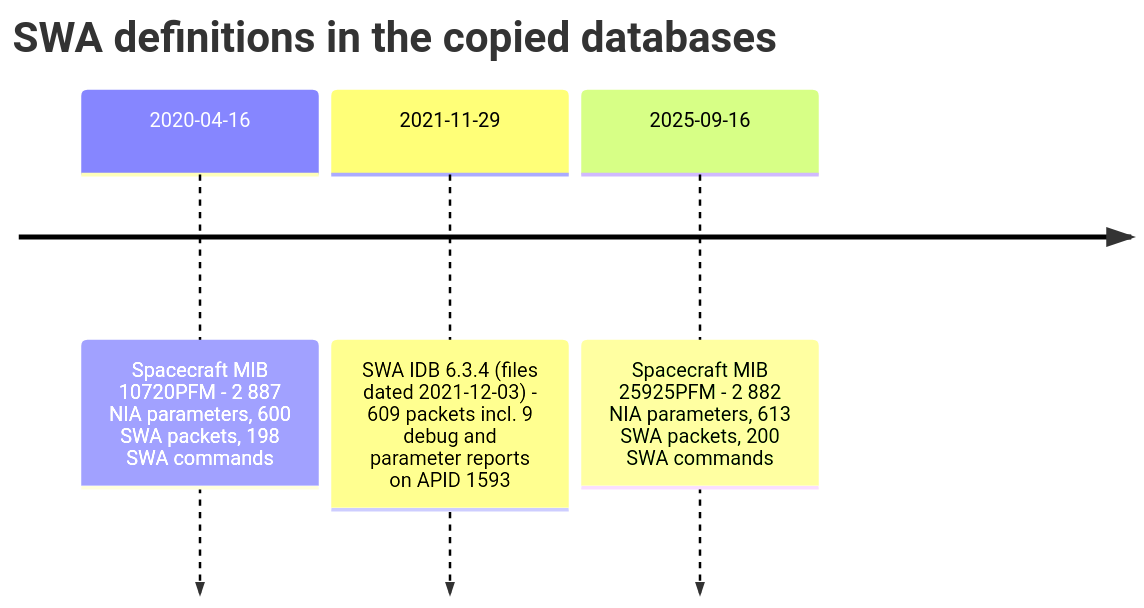
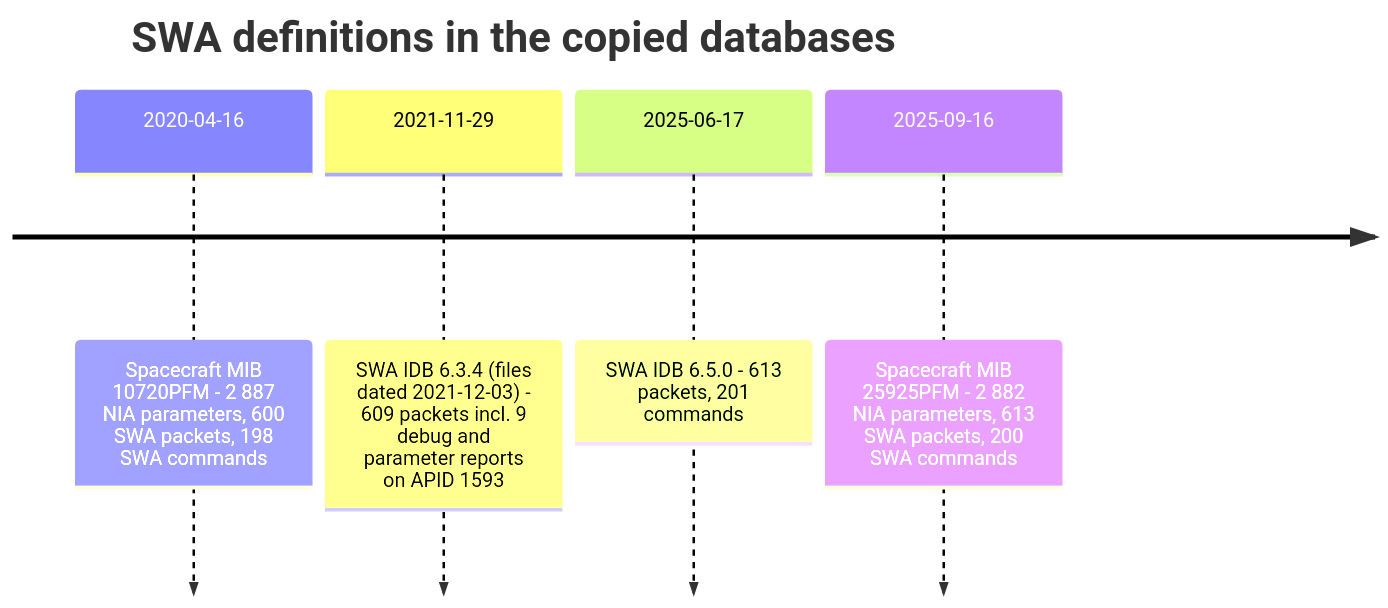
One commit to feiteira/OPEN-SPACE-INFO changed the third of 3 diagrams in docs/missions/solar-orbiter/swa.md. Above: the diagram before and after it, drawn with Mermaid. The commit also changed other lines of this file and 1311 other files, not shown here.

````diff
--- a/docs/missions/solar-orbiter/swa.md
+++ b/docs/missions/solar-orbiter/swa.md
@@ -234,7 +512,8 @@
 ```mermaid
 timeline
   title SWA definitions in the copied databases
   2020-04-16 : Spacecraft MIB 10720PFM - 2 887 NIA parameters, 600 SWA packets, 198 SWA commands
   2021-11-29 : SWA IDB 6.3.4 (files dated 2021-12-03) - 609 packets incl. 9 debug and parameter reports on APID 1593
+  2025-06-17 : SWA IDB 6.5.0 - 613 packets, 201 commands
   2025-09-16 : Spacecraft MIB 25925PFM - 2 882 NIA parameters, 613 SWA packets, 200 SWA commands
 ```
````
